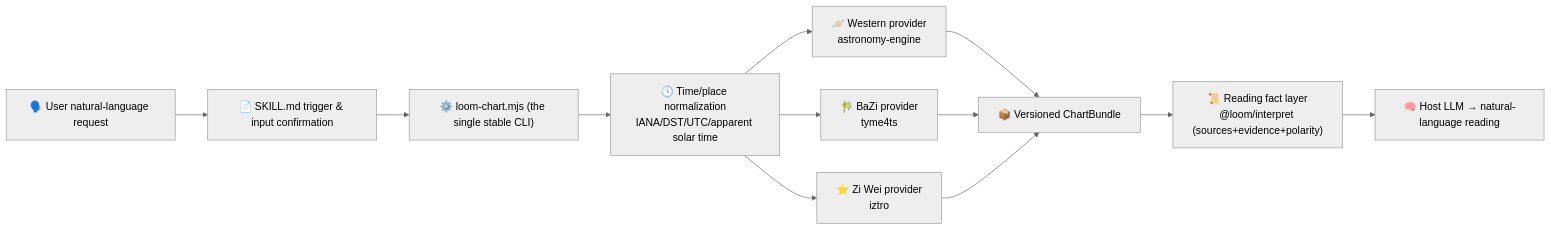
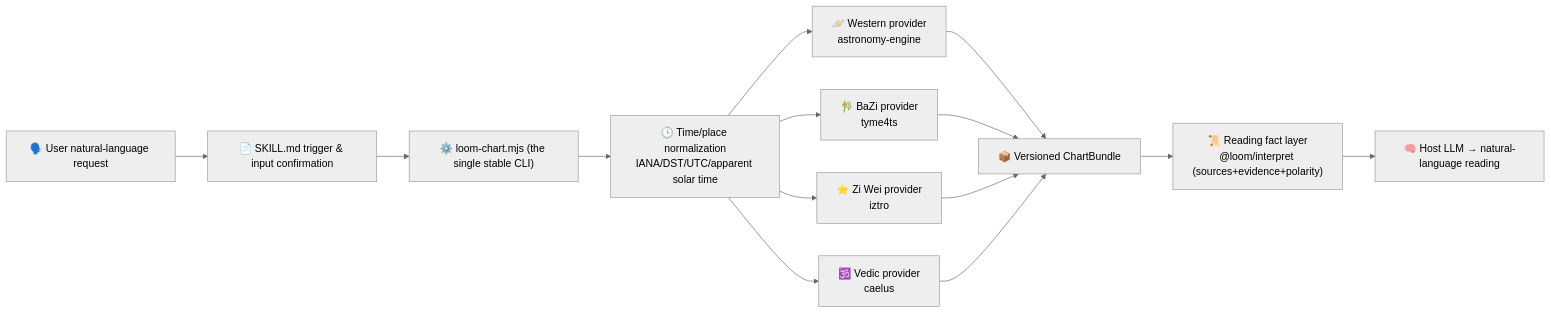
One commit to Jowitt13/loom-of-heaven changed the second of 2 diagrams in README.md. Above: the diagram before and after it, drawn with Mermaid (neutral theme). The commit also changed other lines of this file and 2 other files, not shown here.

````diff
--- a/README.md
+++ b/README.md
@@ -262,14 +254,16 @@
 ```mermaid
 flowchart LR
   U["🗣️ User natural-language request"] --> S["📄 SKILL.md trigger & input confirmation"]
   S --> CLI["⚙️ loom-chart.mjs (the single stable CLI)"]
   CLI --> T["🕓 Time/place normalization<br/>IANA/DST/UTC/apparent solar time"]
   T --> W["🪐 Western provider<br/>astronomy-engine"]
   T --> B["🎋 BaZi provider<br/>tyme4ts"]
   T --> Z["⭐ Zi Wei provider<br/>iztro"]
+  T --> V["🕉️ Vedic provider<br/>caelus"]
   W --> C["📦 Versioned ChartBundle"]
   B --> C
   Z --> C
+  V --> C
   C --> I["📜 Reading fact layer<br/>@loom/interpret (sources+evidence+polarity)"]
   I --> LLM["🧠 Host LLM → natural-language reading"]
 ```
````
